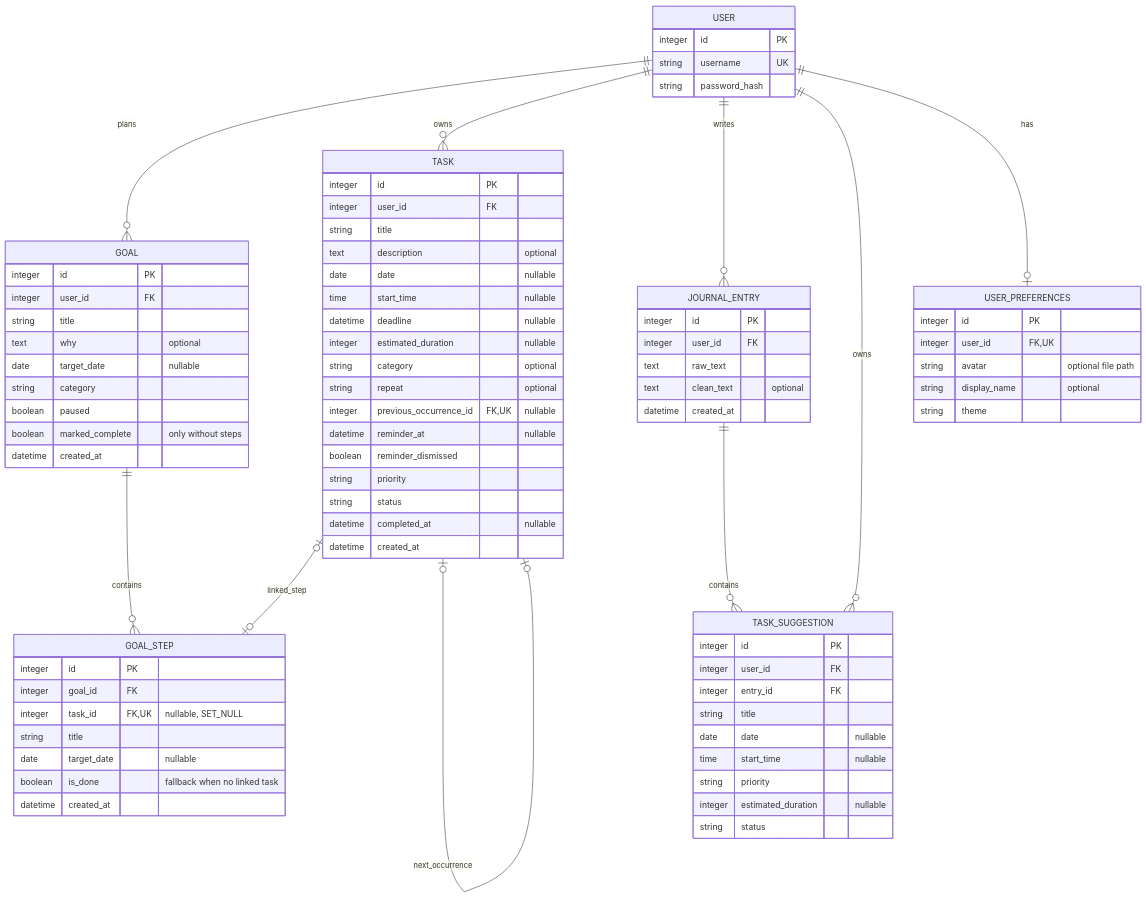
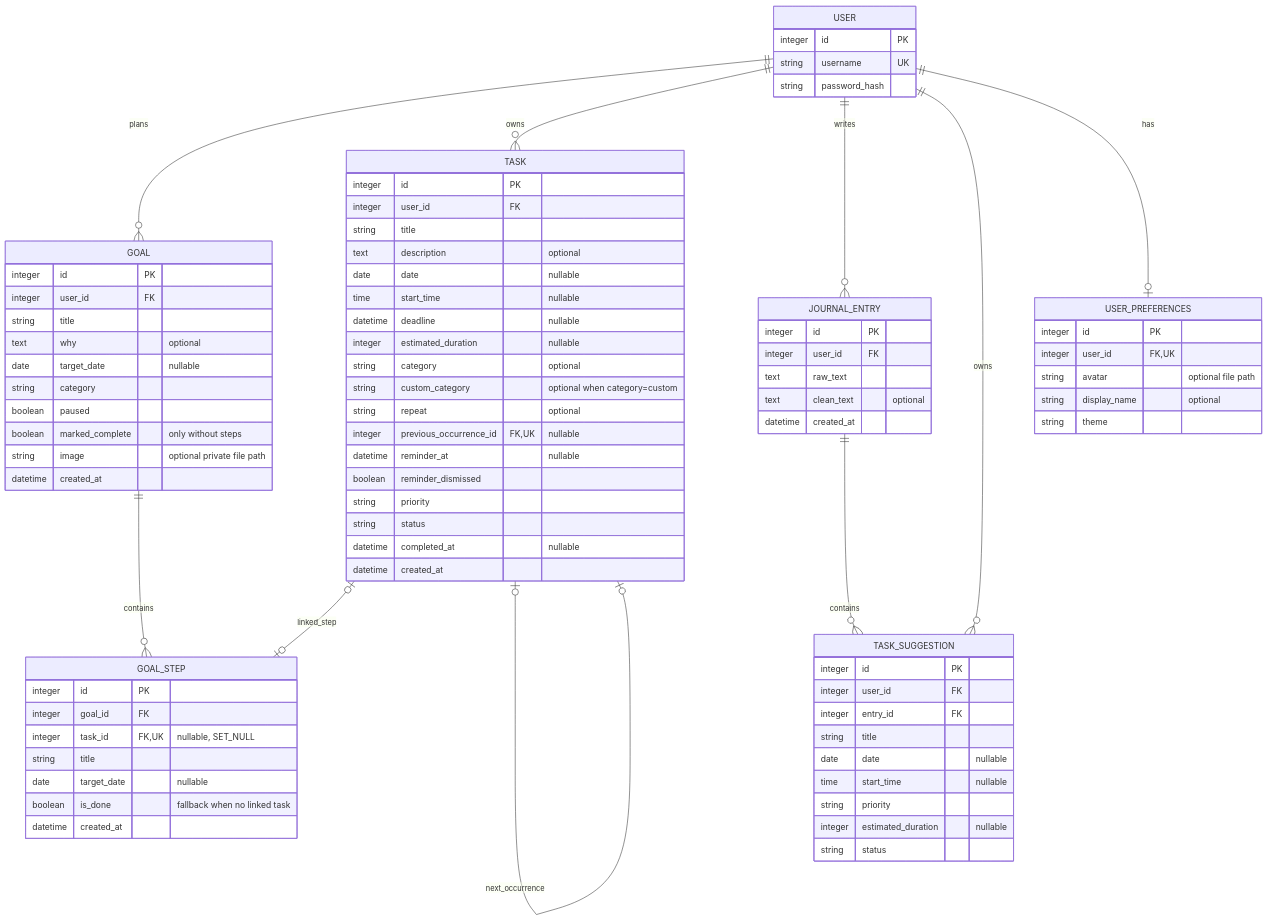
The diagram in docs/design.md (YmamG/Mawj), drawn with Mermaid before and after one commit. The commit also changed other lines of this file and 37 other files, not shown here.

```diff
--- a/docs/design.md
+++ b/docs/design.md
@@ -28,6 +28,7 @@
         datetime deadline "nullable"
         integer estimated_duration "nullable"
         string category "optional"
+        string custom_category "optional when category=custom"
         string repeat "optional"
         integer previous_occurrence_id FK,UK "nullable"
         datetime reminder_at "nullable"
@@ -46,6 +47,7 @@
         string category
         boolean paused
         boolean marked_complete "only without steps"
+        string image "optional private file path"
         datetime created_at
     }
     GOAL_STEP {
```
